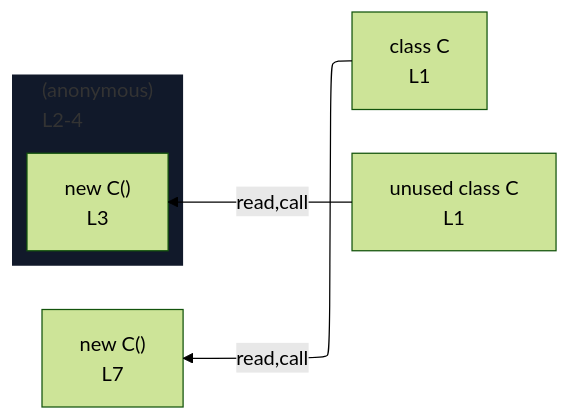
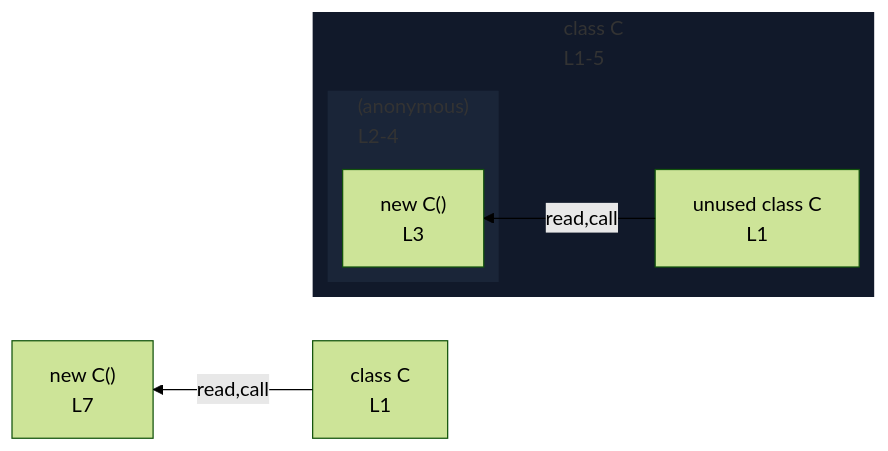
One commit to crescware/unsnarl changed the diagram in integration/fixtures/class/declaration/recursive-with-external/preview.md. Above: the diagram before and after it, drawn with Mermaid (forest theme). The commit also changed 103 other files, not shown here.

````diff
--- a/integration/fixtures/class/declaration/recursive-with-external/preview.md
+++ b/integration/fixtures/class/declaration/recursive-with-external/preview.md
@@ -17,15 +17,20 @@
 ```mermaid
 %%{init: {"flowchart": {"defaultRenderer": "elk"}}}%%
 flowchart RL
   n_scope_0_C_6["class C<br/>L1"]
-  n_scope_1_C_6["unused class C<br/>L1"]
-  subgraph s_scope_2["(anonymous)<br/>L2-4"]
+  subgraph s_scope_1["class C<br/>L1-5"]
     direction RL
-    expr_stmt_22["new C()<br/>L3"]
+    n_scope_1_C_6["unused class C<br/>L1"]
+    subgraph s_scope_2["(anonymous)<br/>L2-4"]
+      direction RL
+      expr_stmt_22["new C()<br/>L3"]
+    end
   end
   n_scope_1_C_6 -->|read,call| expr_stmt_22
   n_scope_0_C_6 -->|read,call| expr_stmt_38
   expr_stmt_38["new C()<br/>L7"]
   classDef nestL1 fill:#11192a,stroke:transparent;
-  class s_scope_2 nestL1;
+  class s_scope_1 nestL1;
+  classDef nestL2 fill:#1a2538,stroke:transparent;
+  class s_scope_2 nestL2;
 ```
````
